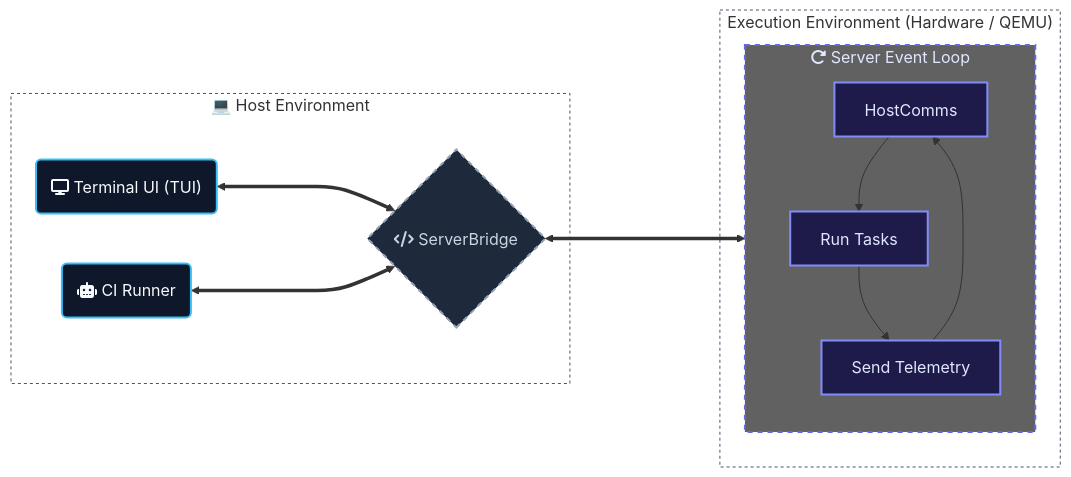
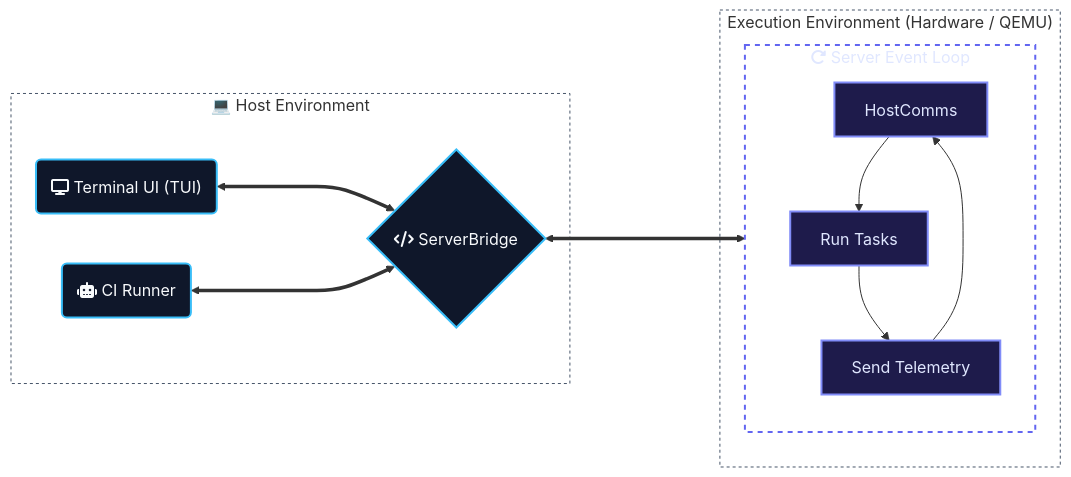
The diagram in README.md (Dyse-Industries/control-rs), drawn with Mermaid before and after one commit.

Commit message:
Update class definitions and styling in README (#28)
* Update class definitions and styling in README

* Update README.md

* Update README.md

````diff
--- a/README.md
+++ b/README.md
@@ -11,41 +11,39 @@
 ```mermaid
 ---
 config:
   layout: dagre
 ---
 flowchart LR
  subgraph Host["💻 Host Environment"]
         TUI("fa:fa-display Terminal UI (TUI)")
         CI("fa:fa-robot CI Runner")
         Comm{"fa:fa-code ServerBridge"}
   end
  subgraph Loop["fa:fa-rotate-right Server Event Loop"]
     direction TB
         Comms["HostComms"]
         Tasks["Run Tasks"]
         Telem["Send Telemetry"]
   end
  subgraph TargetEnv["Execution Environment (Hardware / QEMU)"]
         Loop
   end
     Comms --> Tasks
     Tasks --> Telem
     Telem --> Comms
     TUI <====> Comm
     CI <====> Comm
     Comm <====> Comms
 
      TUI:::host
      CI:::host
-     Comm:::link
+     Comm:::host
      Comms:::target
      Tasks:::target
      Telem:::target
     classDef host fill:#0f172a,stroke:#38bdf8,stroke-width:2px,color:#f8fafc
-    classDef link fill:#1e293b,stroke:#94a3b8,stroke-width:2px,stroke-dasharray:5 5,color:#cbd5e1
     classDef target fill:#1e1b4b,stroke:#818cf8,stroke-width:2px,color:#e0e7ff
-    style Comms fill:#1e1b4b
-    style Loop fill:#616161,stroke:#6366f1,stroke-width:2px,stroke-dasharray:5 5,color:#e0e7ff
+    style Loop fill:transparent,stroke:#6366f1,stroke-width:2px,stroke-dasharray:5 5,color:#e0e7ff
     style Host fill:transparent,stroke:#475569,stroke-width:1px,stroke-dasharray:3 3
     style TargetEnv fill:transparent,stroke:#475569,stroke-width:1px,stroke-dasharray:3 3
 ```
````
